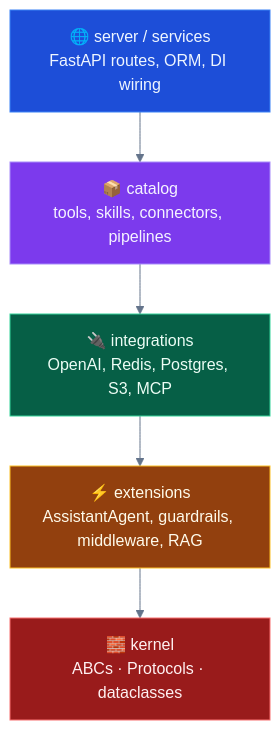
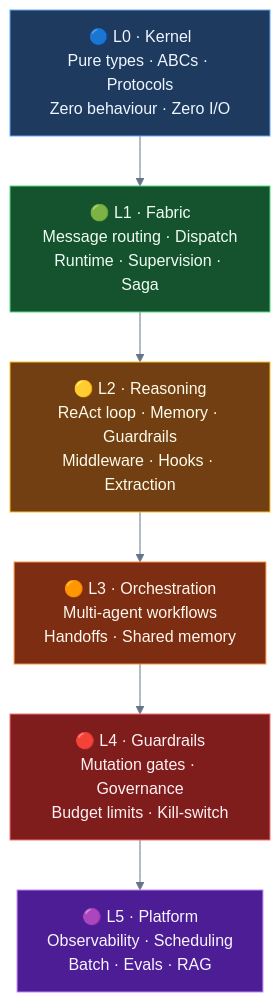
Before and after one commit to Ravikumarchavva/agent-substrate: the first of 18 diagrams in agents/agent-substrate/docs/framework/kernel.md, drawn with Mermaid. The commit also changed other lines of this file and 195 other files, not shown here.

Commit message:
refactor: reorganize kernel and fabric modules with new scheduling, observability, and resilience abstractions

````diff
--- a/agents/agent-substrate/docs/framework/kernel.md
+++ b/agents/agent-substrate/docs/framework/kernel.md
@@ -13,20 +15,19 @@
 ```mermaid
-%%{init: {"theme": "base", "themeVariables": {"primaryColor": "#1e293b", "primaryTextColor": "#f1f5f9", "primaryBorderColor": "#334155", "lineColor": "#64748b", "secondaryColor": "#0f172a", "tertiaryColor": "#1e293b", "edgeLabelBackground": "#0f172a", "clusterBkg": "#0f172a"}}}%%
+%%{init: {"theme": "base", "themeVariables": {"primaryColor": "#1e293b", "primaryTextColor": "#f1f5f9", "primaryBorderColor": "#334155", "lineColor": "#64748b"}}}%%
 flowchart TD
-    S["🌐 server / services\nFastAPI routes, ORM, DI wiring"]:::server
-    CA["📦 catalog\ntools, skills, connectors, pipelines"]:::catalog
-    IN["🔌 integrations\nOpenAI, Redis, Postgres, S3, MCP"]:::integ
-    EX["⚡ extensions\nAssistantAgent, guardrails, middleware, RAG"]:::ext
-    KE["🧱 kernel\nABCs · Protocols · dataclasses"]:::kernel
+    P0["🔵 L0 · Kernel<br/>Pure types · ABCs · Protocols<br/>Zero behaviour · Zero I/O"]:::l0
+    P1["🟢 L1 · Fabric<br/>Message routing · Dispatch<br/>Runtime · Supervision · Saga"]:::l1
+    P2["🟡 L2 · Reasoning<br/>ReAct loop · Memory · Guardrails<br/>Middleware · Hooks · Extraction"]:::l2
+    P3["🟠 L3 · Orchestration<br/>Multi-agent workflows<br/>Handoffs · Shared memory"]:::l3
+    P4["🔴 L4 · Guardrails<br/>Mutation gates · Governance<br/>Budget limits · Kill-switch"]:::l4
+    P5["🟣 L5 · Platform<br/>Observability · Scheduling<br/>Batch · Evals · RAG"]:::l5
 
-    S --> CA
-    CA --> IN
-    IN --> EX
-    EX --> KE
+    P0 --> P1 --> P2 --> P3 --> P4 --> P5
 
-    classDef server fill:#1d4ed8,stroke:#3b82f6,color:#eff6ff
-    classDef catalog fill:#7c3aed,stroke:#a78bfa,color:#f5f3ff
-    classDef integ  fill:#065f46,stroke:#34d399,color:#ecfdf5
-    classDef ext    fill:#92400e,stroke:#fbbf24,color:#fffbeb
-    classDef kernel fill:#991b1b,stroke:#f87171,color:#fff1f2
+    classDef l0 fill:#1e3a5f,stroke:#60a5fa,color:#eff6ff
+    classDef l1 fill:#14532d,stroke:#4ade80,color:#f0fdf4
+    classDef l2 fill:#713f12,stroke:#fbbf24,color:#fffbeb
+    classDef l3 fill:#7c2d12,stroke:#fb923c,color:#fff7ed
+    classDef l4 fill:#7f1d1d,stroke:#f87171,color:#fff1f2
+    classDef l5 fill:#4c1d95,stroke:#c084fc,color:#faf5ff
 ```
````
